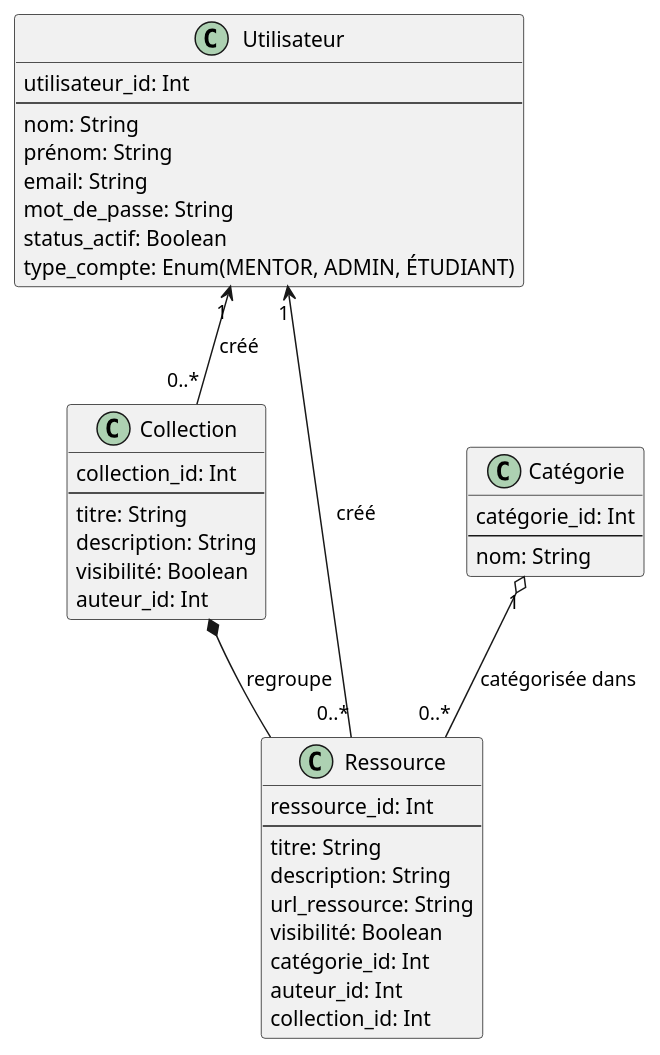
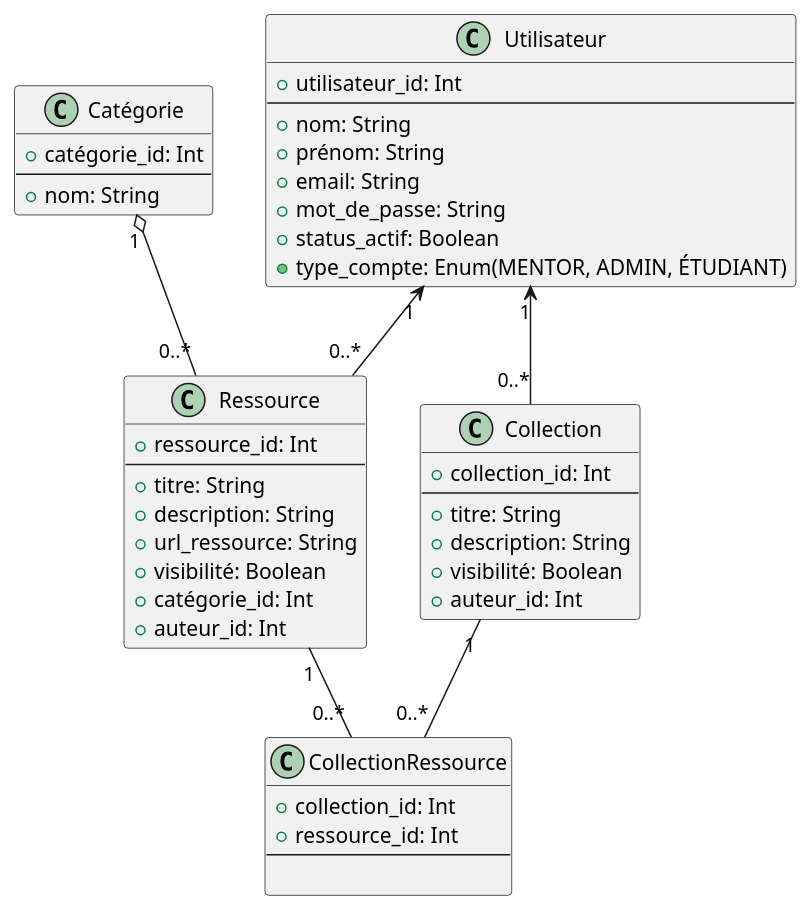
One commit to EmileDevGit/projet-final-api changed the diagram in docs/diagrammes/classes.puml. Above: the diagram before and after it, drawn with PlantUML.

Commit message:
modification diagramme de classe

```diff
--- a/docs/diagrammes/classes.puml
+++ b/docs/diagrammes/classes.puml
@@ -1,40 +1,53 @@
 @startuml
-class Utilisateur{
-  utilisateur_id: Int
+class Utilisateur {
+  +utilisateur_id: Int
   ---
-  nom: String
-  prénom: String
-  email: String
-  mot_de_passe: String
-  status_actif: Boolean
-  type_compte: Enum(MENTOR, ADMIN, ÉTUDIANT)
+  +nom: String
+  +prénom: String
+  +email: String
+  +mot_de_passe: String
+  +status_actif: Boolean
+  +type_compte: Enum(MENTOR, ADMIN, ÉTUDIANT)
 }
-class Catégorie{
-  catégorie_id: Int
+
+class "Catégorie" as Categorie {
+  +catégorie_id: Int
   ---
-  nom: String
+  +nom: String
 }
-class Collection{
-  collection_id: Int
+
+class Ressource {
+  +ressource_id: Int
   ---
-  titre: String
-  description: String
-  visibilité: Boolean
-  auteur_id: Int
+  +titre: String
+  +description: String
+  +url_ressource: String
+  +visibilité: Boolean
+  +catégorie_id: Int  
+  +auteur_id: Int     
 }
-class Ressource{
-  ressource_id: Int
+
+class Collection {
+  +collection_id: Int
   ---
-  titre: String
-  description: String
-  url_ressource: String
-  visibilité: Boolean
-  catégorie_id: Int
-  auteur_id: Int
-	collection_id: Int
+  +titre: String
+  +description: String
+  +visibilité: Boolean
+  +auteur_id: Int     
 }
-Collection *-- Ressource : regroupe
-Catégorie "1" o-- "0..*" Ressource : catégorisée dans
-Utilisateur "1"<--"0..*" Ressource : créé
-Utilisateur "1"<--"0..*" Collection : créé
+
+
+class CollectionRessource {
+  +collection_id: Int  
+  +ressource_id: Int   
+  ---
+
+}
+
+
+Categorie "1" o-- "0..*" Ressource 
+Utilisateur "1" <-- "0..*" Ressource  
+Utilisateur "1" <-- "0..*" Collection 
+Collection "1" -- "0..*" CollectionRessource
+Ressource  "1" -- "0..*" CollectionRessource
 @enduml
```
